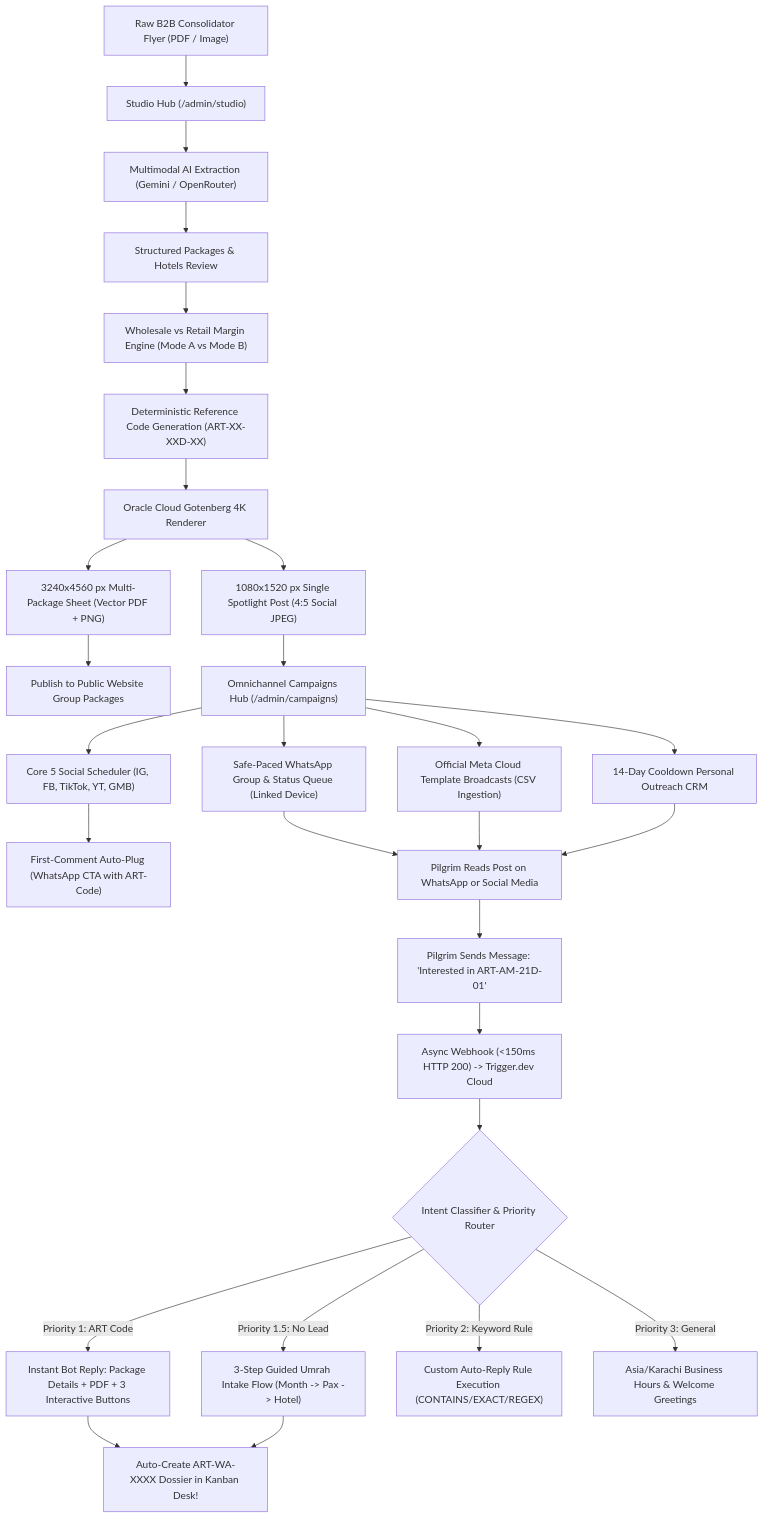
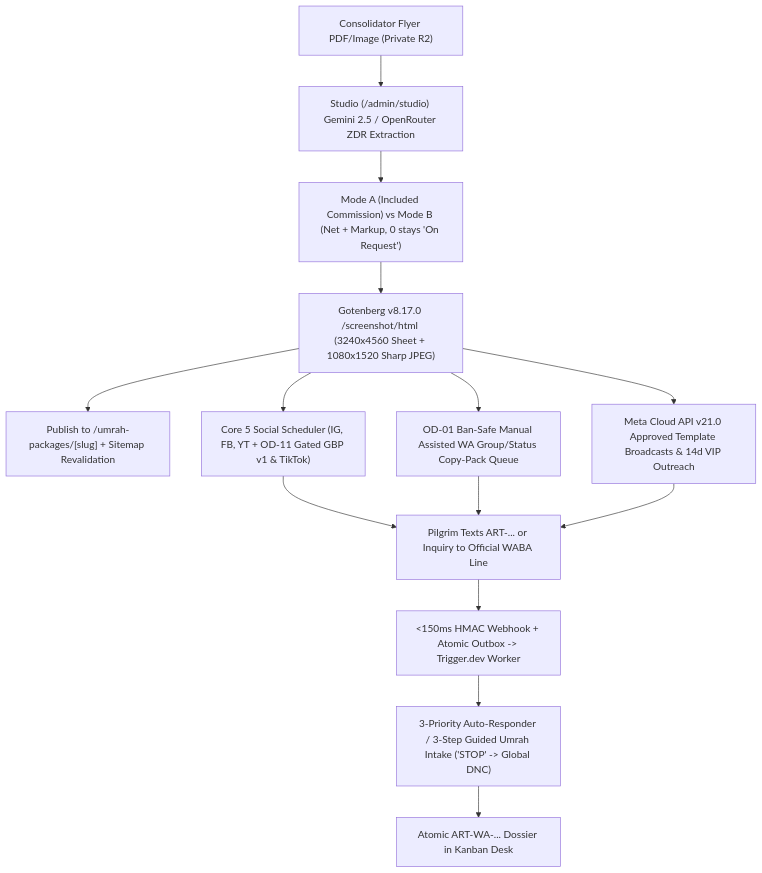
Before and after one commit to PheonixCodder/al-ramlah-travels: the second of 2 diagrams in docs/PLATFORM_MASTER_BRIEF.md, drawn with Mermaid. The commit also changed other lines of this file and 14 other files, not shown here.

````diff
--- a/docs/PLATFORM_MASTER_BRIEF.md
+++ b/docs/PLATFORM_MASTER_BRIEF.md
@@ -128,37 +54,14 @@
 ```mermaid
 flowchart TD
-    A["Raw B2B Consolidator Flyer (PDF / Image)"] --> B["Studio Hub (/admin/studio)"]
-    B --> C["Multimodal AI Extraction (Gemini / OpenRouter)"]
-    C --> D["Structured Packages & Hotels Review"]
-    D --> E["Wholesale vs Retail Margin Engine (Mode A vs Mode B)"]
-    E --> F["Deterministic Reference Code Generation (ART-XX-XXD-XX)"]
-    
-    F --> G["Oracle Cloud Gotenberg 4K Renderer"]
-    G --> H1["3240x4560 px Multi-Package Sheet (Vector PDF + PNG)"]
-    G --> H2["1080x1520 px Single Spotlight Post (4:5 Social JPEG)"]
-    
-    H1 --> I["Publish to Public Website Group Packages"]
-    H2 --> J["Omnichannel Campaigns Hub (/admin/campaigns)"]
-    
-    J --> K1["Core 5 Social Scheduler (IG, FB, TikTok, YT, GMB)"]
-    J --> K2["Safe-Paced WhatsApp Group & Status Queue (Linked Device)"]
-    J --> K3["Official Meta Cloud Template Broadcasts (CSV Ingestion)"]
-    J --> K4["14-Day Cooldown Personal Outreach CRM"]
-    
-    K1 --> L["First-Comment Auto-Plug (WhatsApp CTA with ART-Code)"]
-    K2 --> M["Pilgrim Reads Post on WhatsApp or Social Media"]
-    K3 --> M
-    K4 --> M
-    
-    M --> N["Pilgrim Sends Message: 'Interested in ART-AM-21D-01'"]
-    N --> O["Async Webhook (<150ms HTTP 200) -> Trigger.dev Cloud"]
-    O --> P{"Intent Classifier & Priority Router"}
-    
-    P -->|"Priority 1: ART Code"| Q["Instant Bot Reply: Package Details + PDF + 3 Interactive Buttons"]
-    P -->|"Priority 1.5: No Lead"| R["3-Step Guided Umrah Intake Flow (Month -> Pax -> Hotel)"]
-    P -->|"Priority 2: Keyword Rule"| S["Custom Auto-Reply Rule Execution (CONTAINS/EXACT/REGEX)"]
-    P -->|"Priority 3: General"| T["Asia/Karachi Business Hours & Welcome Greetings"]
-    
-    Q --> U["Auto-Create ART-WA-XXXX Dossier in Kanban Desk!"]
-    R --> U
+    A["Consolidator Flyer PDF/Image (Private R2)"] --> B["Studio (/admin/studio) Gemini 2.5 / OpenRouter ZDR Extraction"]
+    B --> C["Mode A (Included Commission) vs Mode B (Net + Markup, 0 stays 'On Request')"]
+    C --> D["Gotenberg v8.17.0 /screenshot/html (3240x4560 Sheet + 1080x1520 Sharp JPEG)"]
+    D --> E1["Publish to /umrah-packages/[slug] + Sitemap Revalidation"]
+    D --> E2["Core 5 Social Scheduler (IG, FB, YT + OD-11 Gated GBP v1 & TikTok)"]
+    D --> E3["OD-01 Ban-Safe Manual Assisted WA Group/Status Copy-Pack Queue"]
+    D --> E4["Meta Cloud API v21.0 Approved Template Broadcasts & 14d VIP Outreach"]
+    E2 & E3 & E4 --> F["Pilgrim Texts ART-... or Inquiry to Official WABA Line"]
+    F --> G["<150ms HMAC Webhook + Atomic Outbox -> Trigger.dev Worker"]
+    G --> H["3-Priority Auto-Responder / 3-Step Guided Umrah Intake ('STOP' -> Global DNC)"]
+    H --> I["Atomic ART-WA-... Dossier in Kanban Desk"]
 ```
````
